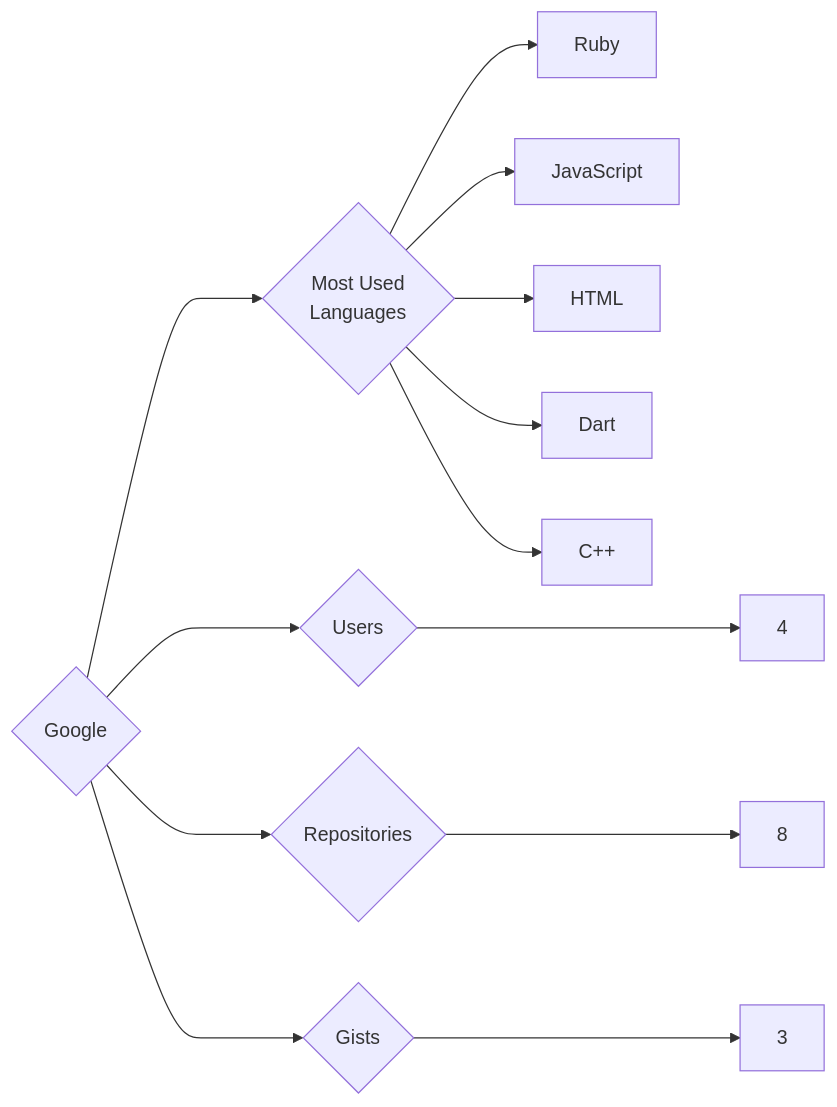
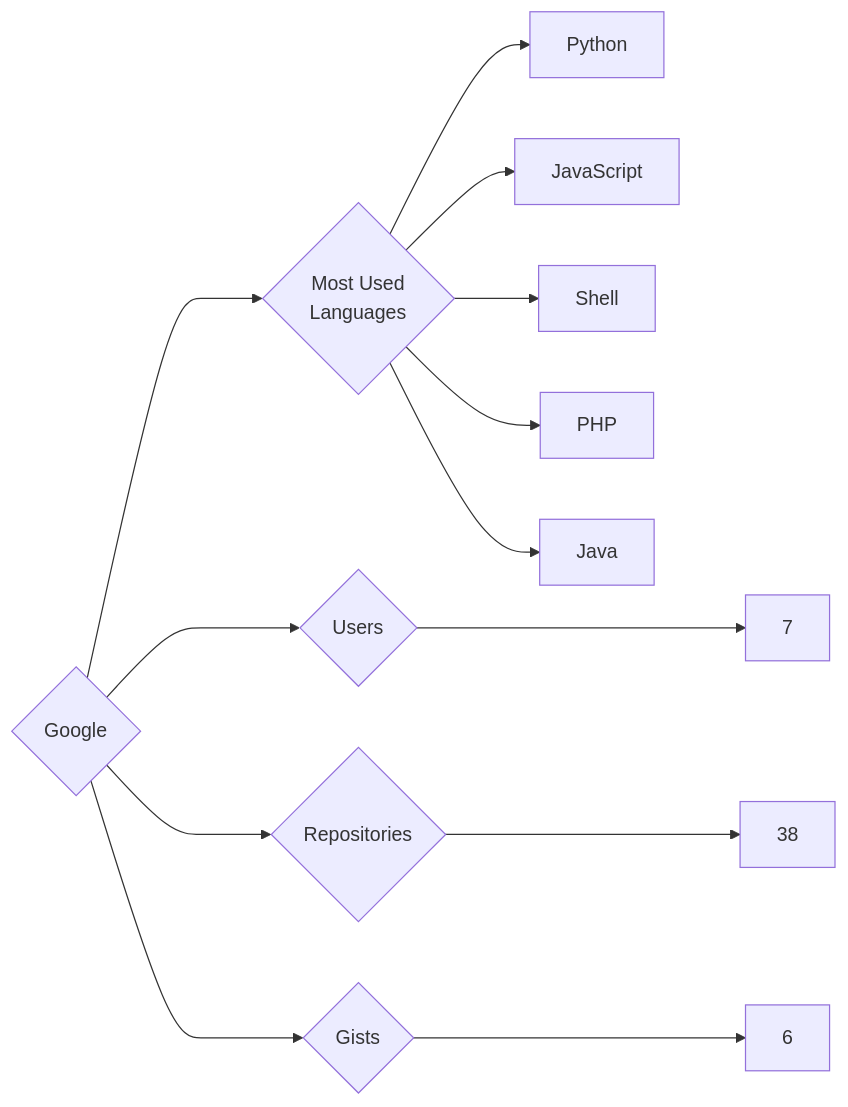
Before and after one commit to trickest/insiders: the diagram in targets/Google/README.md, drawn with Mermaid. The commit also changed 938 other files, not shown here.

````diff
--- a/targets/Google/README.md
+++ b/targets/Google/README.md
@@ -3,13 +3,13 @@
 ```mermaid
 graph LR
 COMPANY_NAME{Google}
-COMPANY_NAME ---> U{Users} ---> UN[4]
-COMPANY_NAME ---> R{Repositories} ---> RN[8]
-COMPANY_NAME ---> G{Gists} ---> GN[3]
+COMPANY_NAME ---> U{Users} ---> UN[7]
+COMPANY_NAME ---> R{Repositories} ---> RN[38]
+COMPANY_NAME ---> G{Gists} ---> GN[6]
 COMPANY_NAME ---> ML{Most Used<br>Languages}
-ML --> Ruby[Ruby]
+ML --> Python[Python]
 ML --> JavaScript[JavaScript]
-ML --> HTML[HTML]
-ML --> Dart[Dart]
-ML --> C++[C++]
+ML --> Shell[Shell]
+ML --> PHP[PHP]
+ML --> Java[Java]
 ```
````
